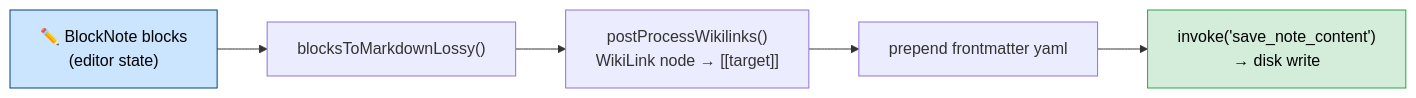
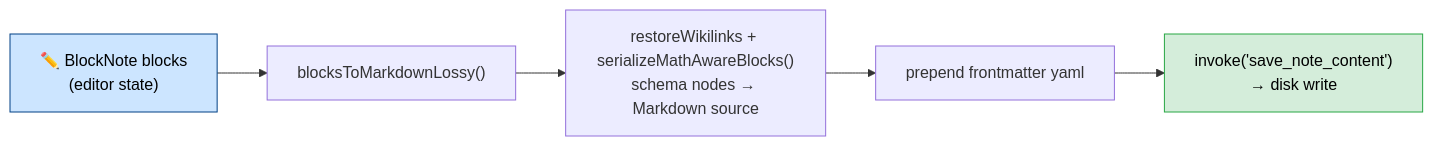
Before and after one commit to aimeritething/Fuwa: the third of 3 diagrams in docs/ABSTRACTIONS.md, drawn with Mermaid. The commit also changed other lines of this file and 14 other files, not shown here.

Commit message:
feat: add markdown math support

````diff
--- a/docs/ABSTRACTIONS.md
+++ b/docs/ABSTRACTIONS.md
@@ -505,10 +515,10 @@
 ```mermaid
 flowchart LR
     A["✏️ BlockNote blocks\n(editor state)"] --> B["blocksToMarkdownLossy()"]
-    B --> C["postProcessWikilinks()\nWikiLink node → [[target]]"]
+    B --> C["restoreWikilinks + serializeMathAwareBlocks()\nschema nodes → Markdown source"]
     C --> D["prepend frontmatter yaml"]
     D --> E["invoke('save_note_content')\n→ disk write"]
 
     style A fill:#cce5ff,stroke:#004085,color:#000
     style E fill:#d4edda,stroke:#28a745,color:#000
 ```
````
